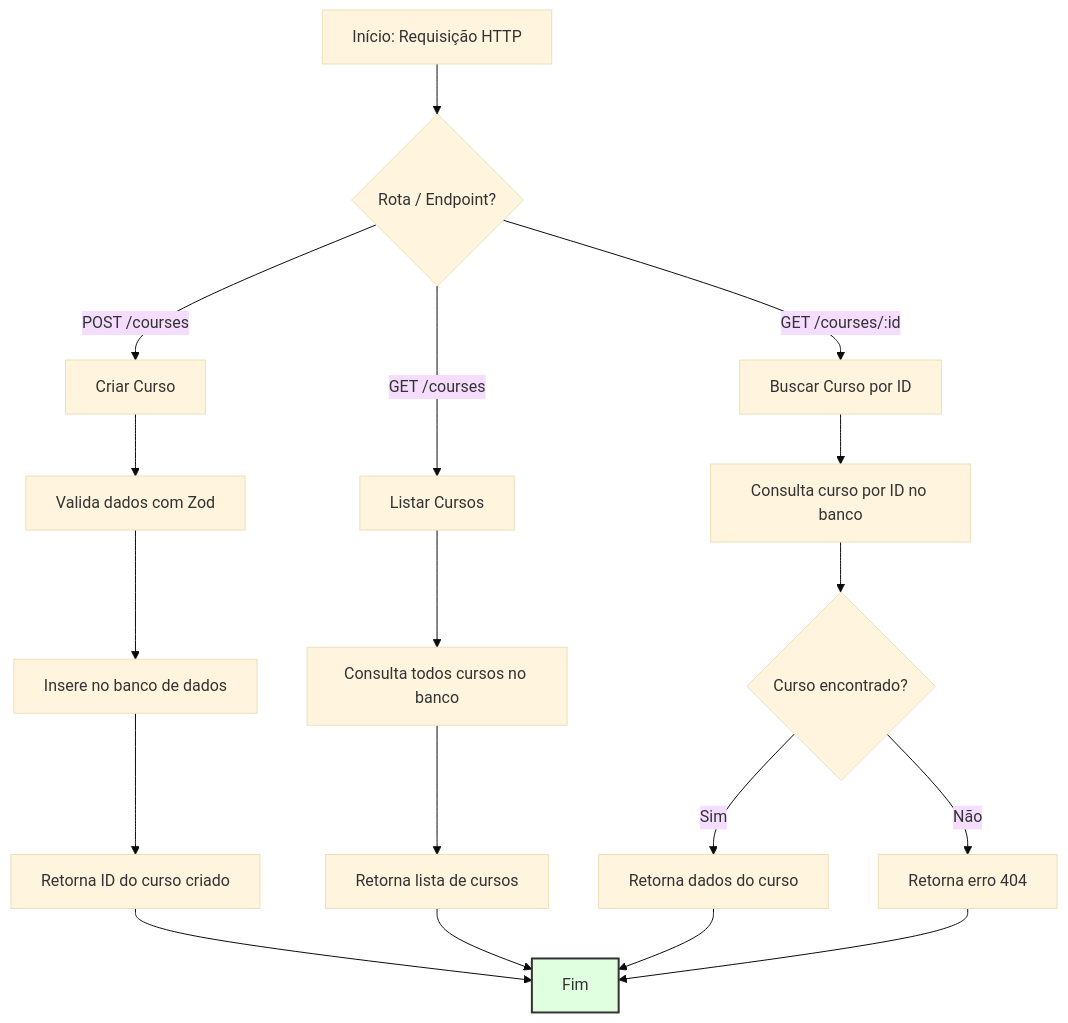
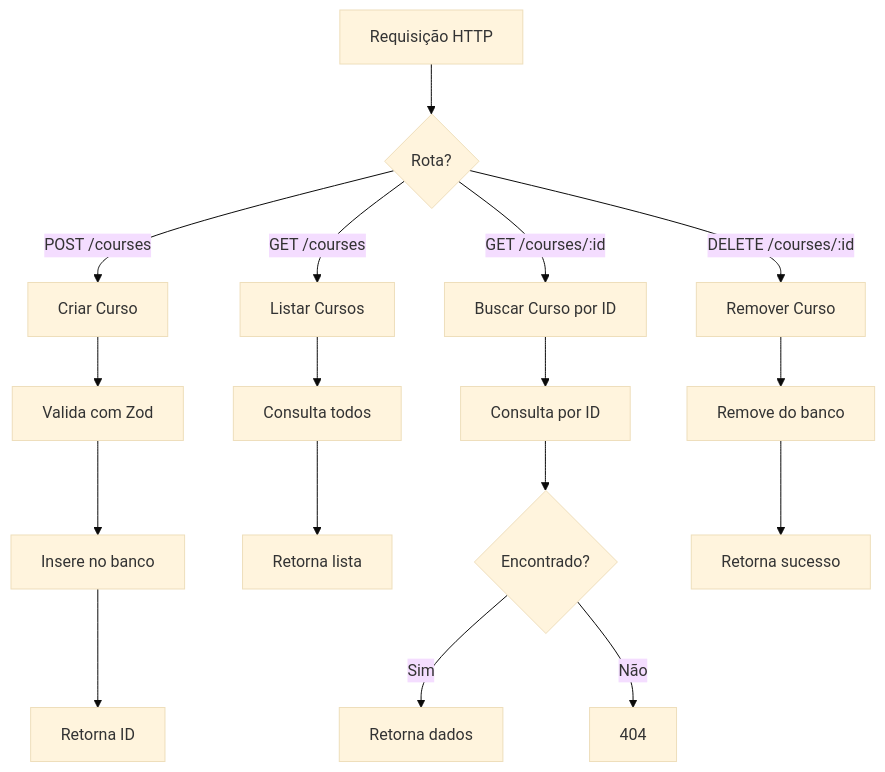
Before and after one commit to PedroCavalcantep/api-fastify: the diagram in README.md, drawn with Mermaid (base theme). The commit also changed other lines of this file, not shown here.

````diff
--- a/README.md
+++ b/README.md
@@ -174,21 +202,19 @@
 ```mermaid
 flowchart TD
-    A[Início: Requisição HTTP] --> B{Rota / Endpoint?}
+    A[Requisição HTTP] --> B{Rota?}
     B -->|POST /courses| C[Criar Curso]
     B -->|GET /courses| D[Listar Cursos]
     B -->|GET /courses/:id| E[Buscar Curso por ID]
-    C --> F[Valida dados com Zod]
-    F --> G[Insere no banco de dados]
-    G --> H[Retorna ID do curso criado]
-    D --> I[Consulta todos cursos no banco]
-    I --> J[Retorna lista de cursos]
-    E --> K[Consulta curso por ID no banco]
-    K --> L{Curso encontrado?}
-    L -->|Sim| M[Retorna dados do curso]
-    L -->|Não| N[Retorna erro 404]
-    H --> O[Fim]
-    J --> O
-    M --> O
-    N --> O
-    style O fill:#e0ffe0,stroke:#333,stroke-width:2px
+    B -->|DELETE /courses/:id| F[Remover Curso]
+    C --> G[Valida com Zod]
+    G --> H[Insere no banco]
+    H --> I[Retorna ID]
+    D --> J[Consulta todos]
+    J --> K[Retorna lista]
+    E --> L[Consulta por ID]
+    L --> M{Encontrado?}
+    M -->|Sim| N[Retorna dados]
+    M -->|Não| O[404]
+    F --> P[Remove do banco]
+    P --> Q[Retorna sucesso]
 ```
````
